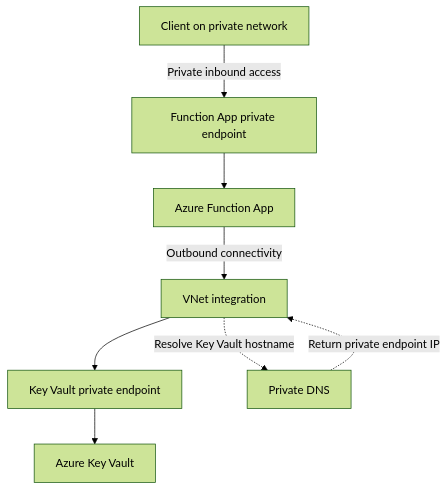
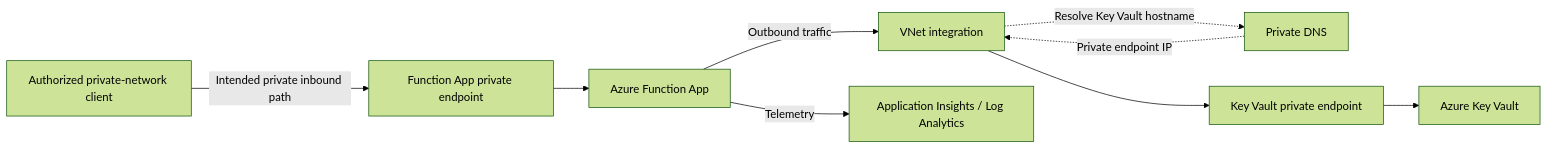
One commit to pathog-en/azure-zero-trust-serverless-api changed the diagram in README.MD. Above: the diagram before and after it, drawn with Mermaid (forest theme). The commit also changed other lines of this file, not shown here.

````diff
--- a/README.MD
+++ b/README.MD
@@ -26,18 +20,20 @@
 ```mermaid
-flowchart TD
-    Client["Client on private network"]
-    FPE["Function App private endpoint"]
-    FA["Azure Function App"]
-    VNet["VNet integration"]
-    KVPE["Key Vault private endpoint"]
-    KV["Azure Key Vault"]
-    DNS["Private DNS"]
+flowchart LR
+    Client[Authorized private-network client]
+    AppPE[Function App private endpoint]
+    Func[Azure Function App]
+    VNet[VNet integration]
+    DNS[Private DNS]
+    KvPE[Key Vault private endpoint]
+    KV[Azure Key Vault]
+    Obs[Application Insights / Log Analytics]
 
-    Client -->|"Private inbound access"| FPE
-    FPE --> FA
-    FA -->|"Outbound connectivity"| VNet
-    VNet --> KVPE
-    KVPE --> KV
-    VNet -.->|"Resolve Key Vault hostname"| DNS
-    DNS -.->|"Return private endpoint IP"| VNet
+    Client -->|Intended private inbound path| AppPE
+    AppPE --> Func
+    Func -->|Outbound traffic| VNet
+    VNet -.->|Resolve Key Vault hostname| DNS
+    DNS -.->|Private endpoint IP| VNet
+    VNet --> KvPE
+    KvPE --> KV
+    Func -->|Telemetry| Obs
 ```
````
